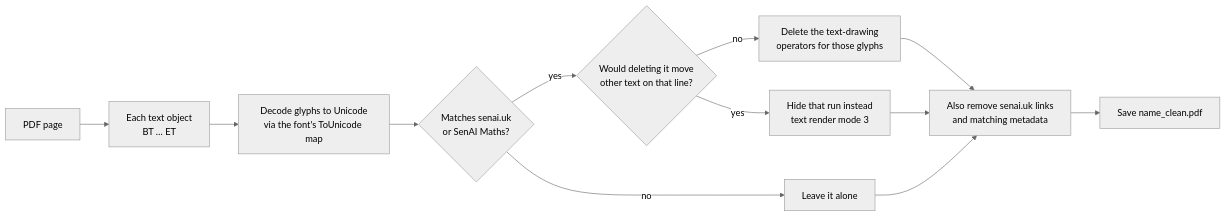
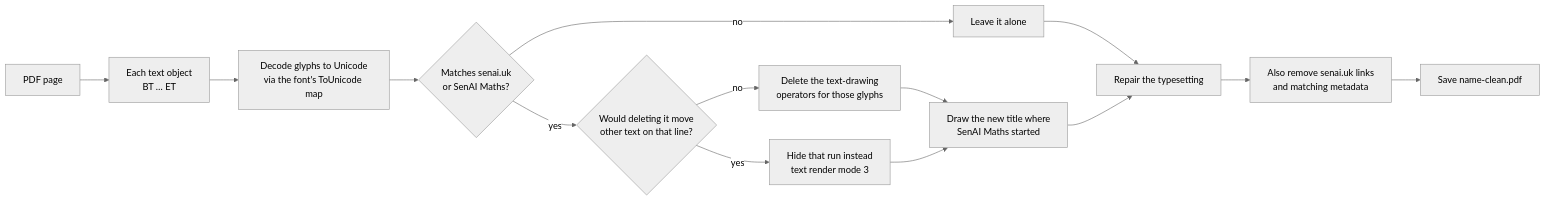
One commit to ImBrinn/Senai-watermark-remover changed the diagram in README.md. Above: the diagram before and after it, drawn with Mermaid (neutral theme). The commit also changed other lines of this file and 51 other files, not shown here.

````diff
--- a/README.md
+++ b/README.md
@@ -247,14 +267,16 @@
 ```mermaid
 flowchart LR
     A[PDF page] --> B[Each text object<br/>BT … ET]
     B --> C[Decode glyphs to Unicode<br/>via the font's ToUnicode map]
     C --> D{Matches senai.uk<br/>or SenAI Maths?}
     D -- no --> E[Leave it alone]
     D -- yes --> F{Would deleting it move<br/>other text on that line?}
     F -- no --> G[Delete the text-drawing<br/>operators for those glyphs]
     F -- yes --> H[Hide that run instead<br/>text render mode 3]
-    G --> I[Also remove senai.uk links<br/>and matching metadata]
-    H --> I
-    E --> I
-    I --> J[Save name_clean.pdf]
+    G --> T[Draw the new title where<br/>SenAI Maths started]
+    H --> T
+    E --> R
+    T --> R[Repair the typesetting]
+    R --> I[Also remove senai.uk links<br/>and matching metadata]
+    I --> J[Save name-clean.pdf]
 ```
````
